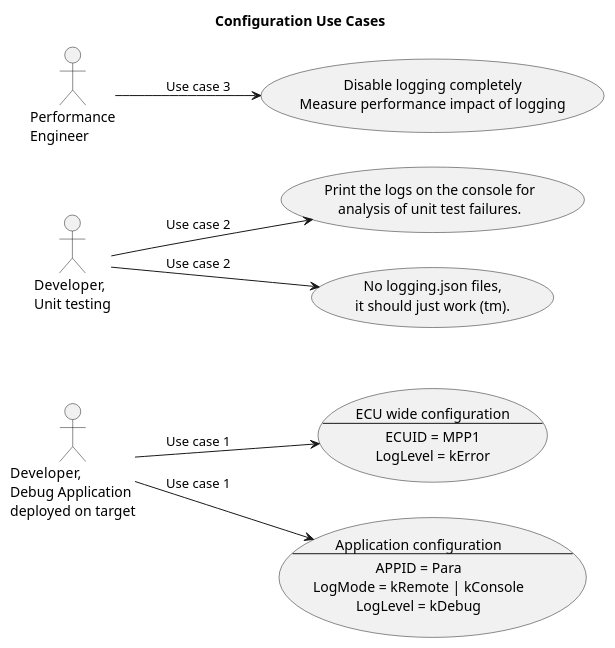
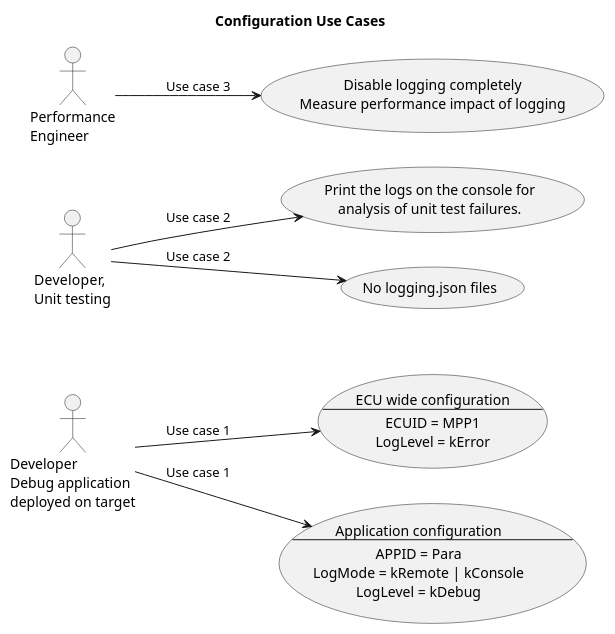
The diagram in design/configuration_use_cases.puml (eclipse-score/inc_mw_log), drawn with PlantUML before and after one commit. The commit also changed 24 other files, not shown here.

Commit message:
Syncing more diagrams

```diff
--- a/design/configuration_use_cases.puml
+++ b/design/configuration_use_cases.puml
@@ -1,25 +1,26 @@
 @startuml configuration_use_cases
 left to right direction
 title Configuration Use Cases
 
-actor "Developer,\nDebug Application\ndeployed on target" as Dev1
+actor "Developer\nDebug application\ndeployed on target" as Dev1
+
 actor "Developer,\nUnit testing" as Dev2  
 actor "Performance\nEngineer" as PerfEng
 
 usecase "ECU wide configuration\n--\nECUID = MPP1\nLogLevel = kError" as UC1_ECU
 usecase "Application configuration\n--\nAPPID = Para\nLogMode = kRemote | kConsole\nLogLevel = kDebug" as UC1_App
 
 usecase "Print the logs on the console for\nanalysis of unit test failures." as UC2_Console
-usecase "No logging.json files,\nit should just work (tm)." as UC2_Default
+usecase "No logging.json files" as UC2_Default
 
 usecase "Disable logging completely\nMeasure performance impact of logging" as UC3_Performance
 
 Dev1 --> UC1_ECU : "Use case 1"
 Dev1 --> UC1_App : "Use case 1"
 
 Dev2 --> UC2_Console : "Use case 2"
 Dev2 --> UC2_Default : "Use case 2"
 
 PerfEng --> UC3_Performance : "Use case 3"
 
 @enduml
```
